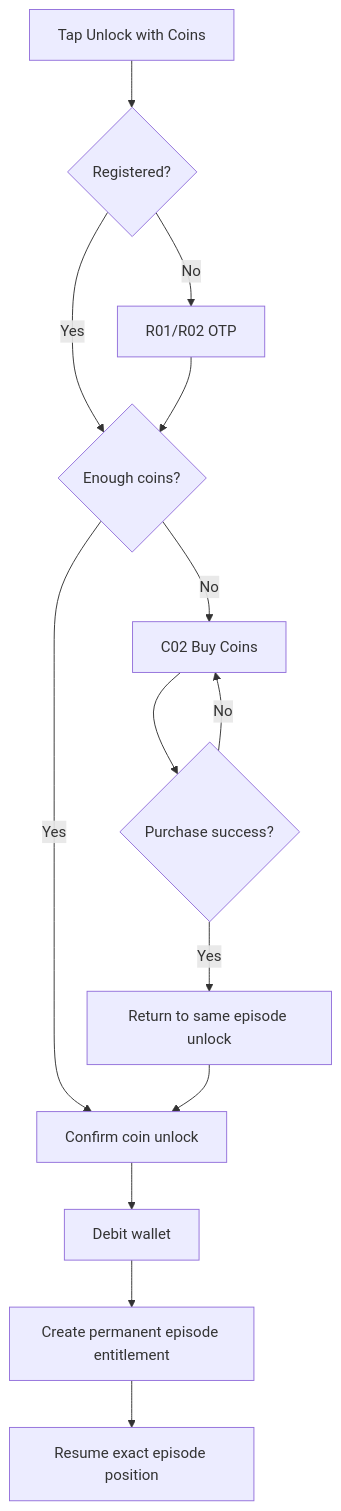
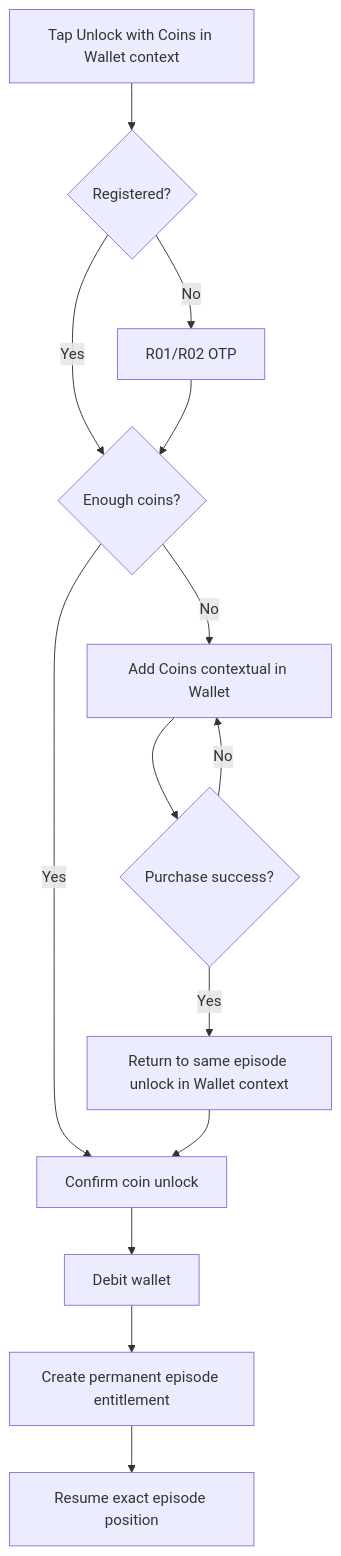
One commit to 0nyaproduction-a11y/0nyapp changed the fifth of 14 diagrams in docs/0nya_MASTER_USER_FLOW_v1.1_ALL_IN_ONE.md. Above: the diagram before and after it, drawn with Mermaid. The commit also changed other lines of this file and 149 other files, not shown here.

````diff
--- a/docs/0nya_MASTER_USER_FLOW_v1.1_ALL_IN_ONE.md
+++ b/docs/0nya_MASTER_USER_FLOW_v1.1_ALL_IN_ONE.md
@@ -310,19 +377,19 @@
 ```mermaid
 flowchart TD
-    A[Tap Unlock with Coins] --> B{Registered?}
+    A[Tap Unlock with Coins in Wallet context] --> B{Registered?}
     B -- No --> C[R01/R02 OTP]
     B -- Yes --> D{Enough coins?}
     C --> D
 
-    D -- No --> E[C02 Buy Coins]
+    D -- No --> E[Add Coins contextual in Wallet]
     E --> F{Purchase success?}
     F -- No --> E
-    F -- Yes --> G[Return to same episode unlock]
+    F -- Yes --> G[Return to same episode unlock in Wallet context]
 
     D -- Yes --> H[Confirm coin unlock]
     G --> H
 
     H --> I[Debit wallet]
     I --> J[Create permanent episode entitlement]
     J --> K[Resume exact episode position]
 ```
````
